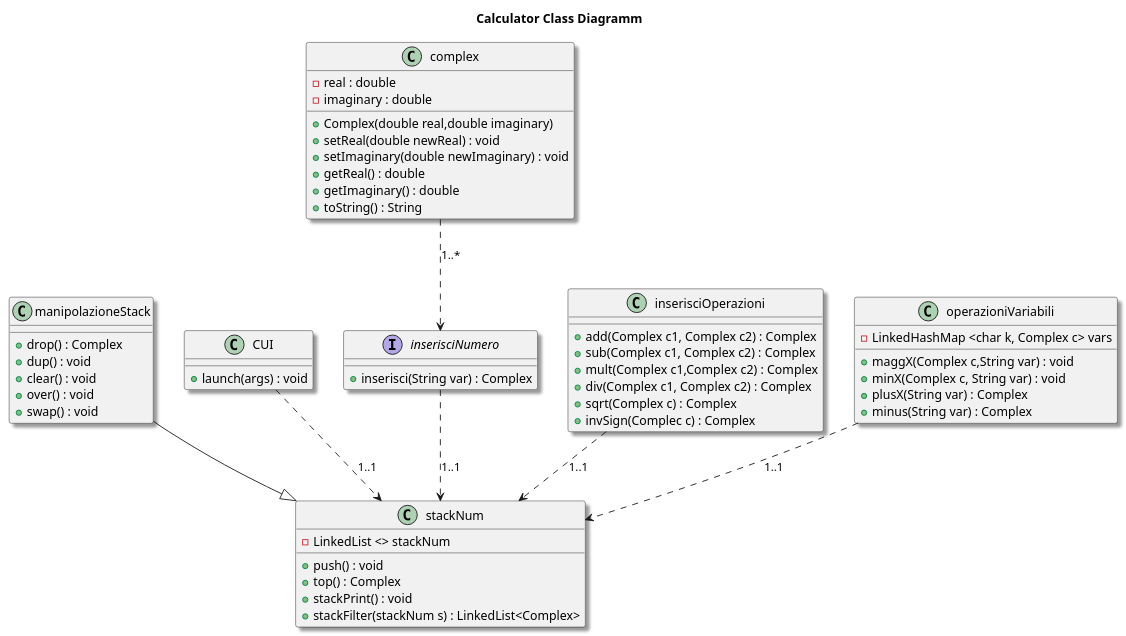
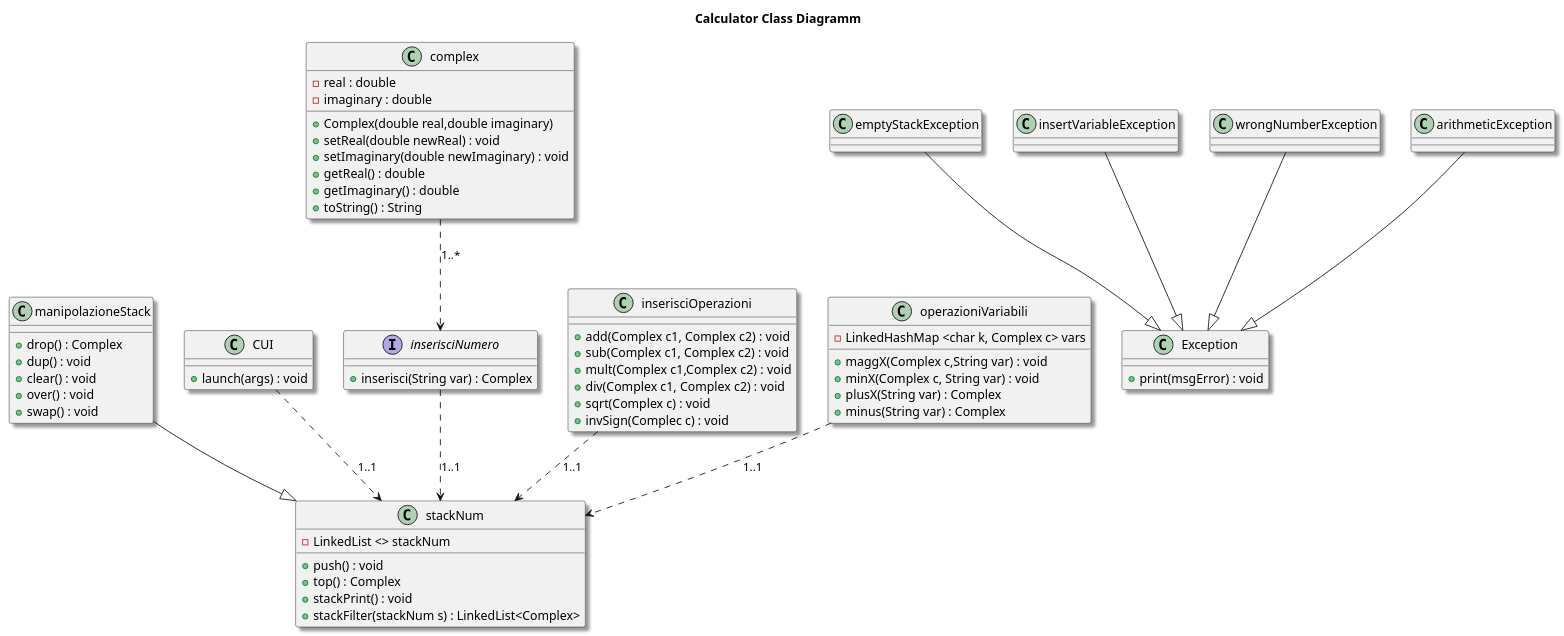
The diagram in CalcolatriceProgrammabile/Class Diagrams/ClassDiagramm.puml (LuciaNancyLavista/Gruppo06_software_eng_L.I.V.P), drawn with PlantUML before and after one commit.

Commit message:
aggiornamento class diagram
Nella nuova versione del class diagram sono state aggiunte le eccezioni come estensioni delle classe principale Exception

```diff
--- a/CalcolatriceProgrammabile/Class Diagrams/ClassDiagramm.puml
+++ b/CalcolatriceProgrammabile/Class Diagrams/ClassDiagramm.puml
@@ -1,67 +1,90 @@
 @startuml classDiagramm
 skinparam shadowing true
 title Calculator Class Diagramm 
 
 class stackNum{
     - LinkedList <> stackNum
     + push() : void 
     + top() : Complex
     + stackPrint() : void
     + stackFilter(stackNum s) : LinkedList<Complex>
 }
 
 class manipolazioneStack{
     + drop() : Complex
     + dup() : void
     + clear() : void
     + over() : void
     + swap() : void
 }
 
 class CUI{
     + launch(args) : void
 }
 
 interface inserisciNumero{
     + inserisci(String var) : Complex 
 
 }
 
 class complex{
     - real : double
     - imaginary : double
     + Complex(double real,double imaginary)
     + setReal(double newReal) : void 
     + setImaginary(double newImaginary) : void
     + getReal() : double
     + getImaginary() : double
     + toString() : String
 }
 
 class inserisciOperazioni{
-    + add(Complex c1, Complex c2) : Complex
-    + sub(Complex c1, Complex c2) : Complex
-    + mult(Complex c1,Complex c2) : Complex
-    + div(Complex c1, Complex c2) : Complex
-    + sqrt(Complex c) : Complex
-    + invSign(Complec c) : Complex
+    + add(Complex c1, Complex c2) : void
+    + sub(Complex c1, Complex c2) : void 
+    + mult(Complex c1,Complex c2) : void
+    + div(Complex c1, Complex c2) : void
+    + sqrt(Complex c) : void
+    + invSign(Complec c) : void
 }
 
 class operazioniVariabili{
     - LinkedHashMap <char k, Complex c> vars
     + maggX(Complex c,String var) : void
     + minX(Complex c, String var) : void
     + plusX(String var) : Complex
     + minus(String var) : Complex
 }
 
+class Exception{
+    + print(msgError) : void
+}
+
+class emptyStackException{
+
+}
+
+class insertVariableException{
+
+}
+
+class wrongNumberException{
+
+}
+
+class arithmeticException{
+
+}
 
 
 CUI ..> stackNum : 1..1
 manipolazioneStack --|> stackNum
 inserisciNumero ..> stackNum : 1..1
 inserisciOperazioni ..> stackNum : 1..1
 operazioniVariabili ..> stackNum : 1..1
 complex ..> inserisciNumero : 1..*
 
+emptyStackException --|> Exception
+insertVariableException --|> Exception
+wrongNumberException --|> Exception
+arithmeticException --|> Exception
 @enduml
```
